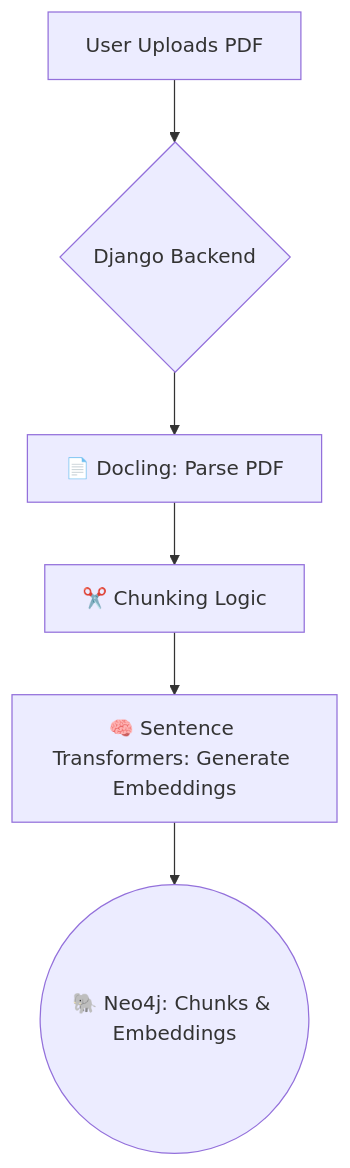
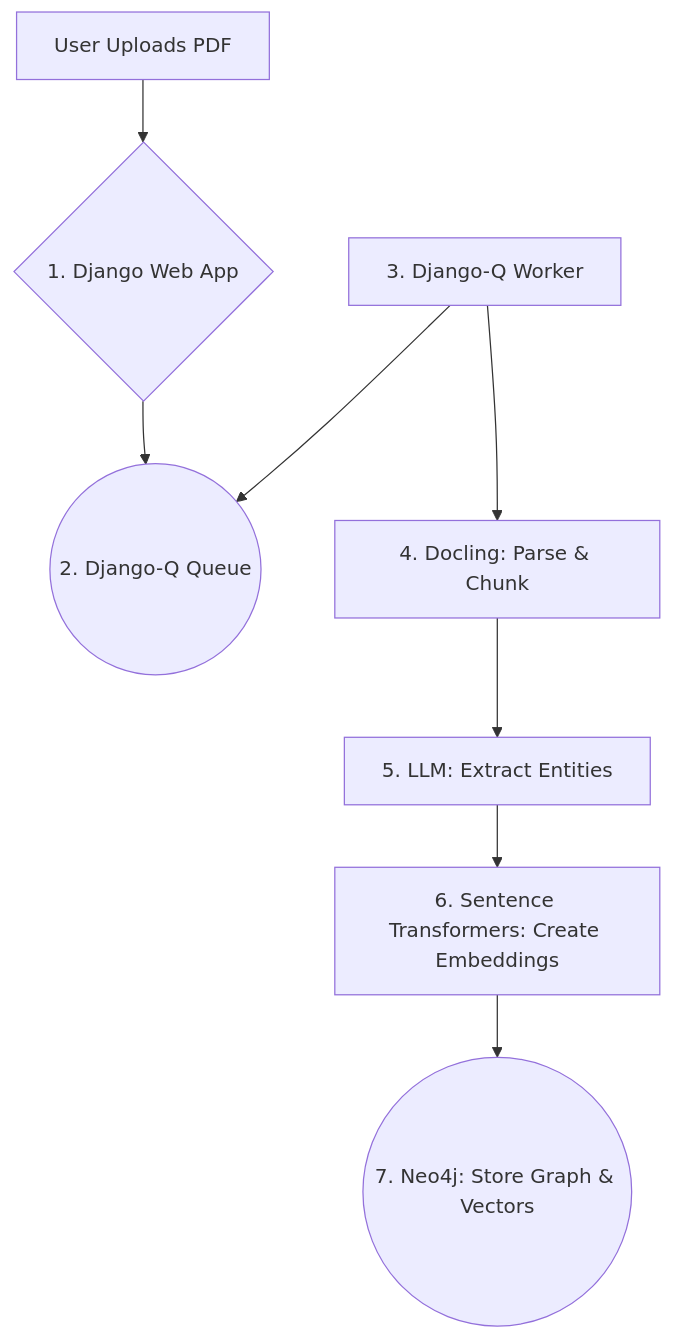
Before and after one commit to NeelM47/Knowledge-Extractor-RAG: the first of 2 diagrams in README.md, drawn with Mermaid. The commit also changed other lines of this file and 2 other files, not shown here.

````diff
--- a/README.md
+++ b/README.md
@@ -44,8 +38,10 @@
 ```mermaid
 graph TD
-    A[User Uploads PDF] --> B{Django Backend};
-    B --> C[📄 Docling: Parse PDF];
-    C --> D[✂️ Chunking Logic];
-    D --> E[🧠 Sentence Transformers: Generate Embeddings];
-    E --> F((🐘 Neo4j: Chunks & Embeddings));
+    A[User Uploads PDF] --> B{1. Django Web App};
+    B --> C((2. Django-Q Queue));
+    D[3. Django-Q Worker] --> C;
+    D --> E[4. Docling: Parse & Chunk];
+    E --> F[5. LLM: Extract Entities];
+    F --> G[6. Sentence Transformers: Create Embeddings];
+    G --> H((7. Neo4j: Store Graph & Vectors));
 ```
````
